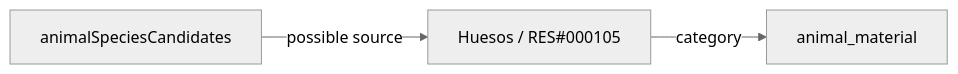
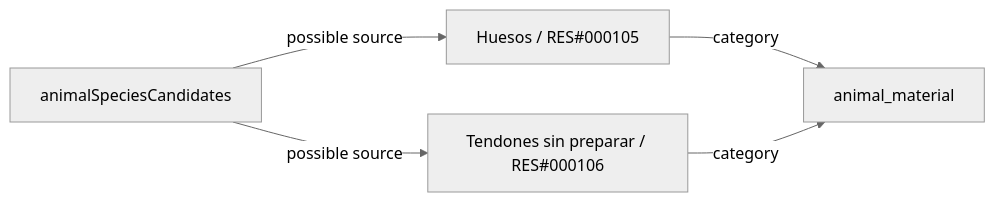
One commit to fgabo404/EvolveDoc changed diagram 27 of 37 in data/resources/DIAGRAMS.es.md. Above: the diagram before and after it, drawn with Mermaid (neutral theme). The commit also changed other lines of this file and 44 other files, not shown here.

````diff
--- a/data/resources/DIAGRAMS.es.md
+++ b/data/resources/DIAGRAMS.es.md
@@ -643,8 +646,11 @@
 ```mermaid
 flowchart LR
     r0["Huesos / RES#000105"]
     k0["animal_material"]
     r0 -->|category| k0
     s0["animalSpeciesCandidates"]
     s0 -->|possible source| r0
+    r1["Tendones sin preparar / RES#000106"]
+    r1 -->|category| k0
+    s0 -->|possible source| r1
 ```
````
